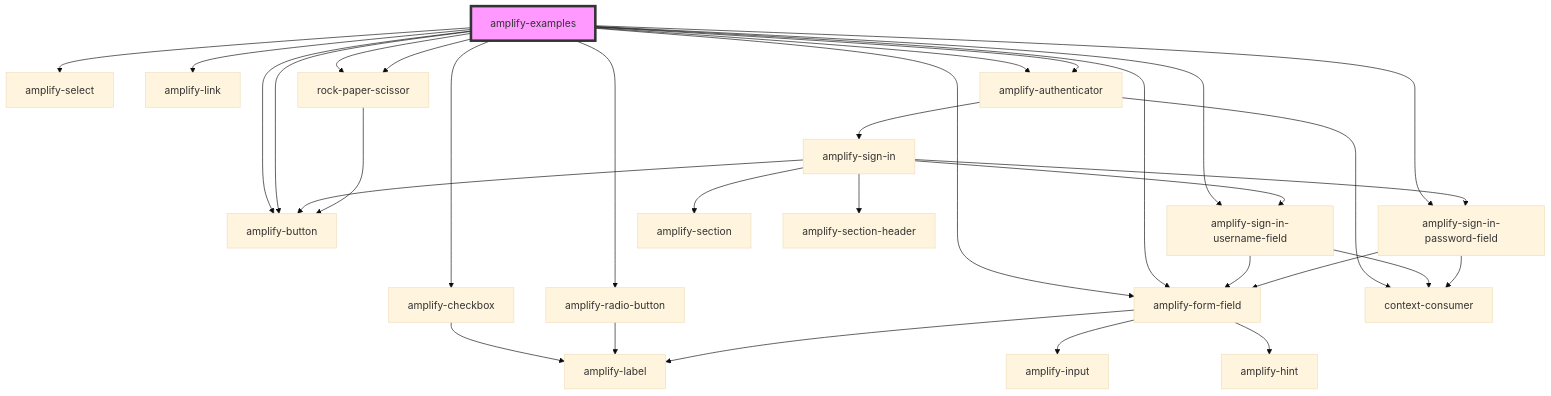
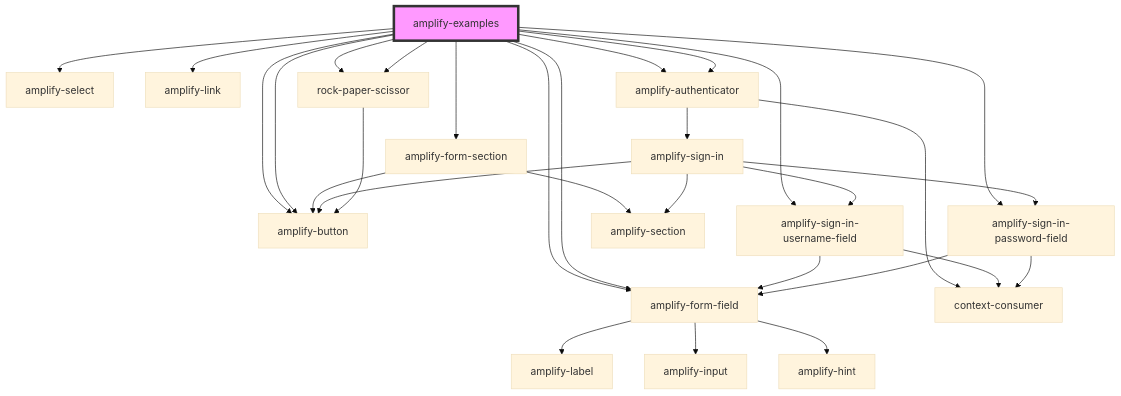
Before and after one commit to OneDev0411/amplify-js: the diagram in packages/amplify-ui-components/src/components/amplify-examples/readme.md, drawn with Mermaid (base theme). The commit also changed other lines of this file and 24 other files, not shown here.

````diff
--- a/packages/amplify-ui-components/src/components/amplify-examples/readme.md
+++ b/packages/amplify-ui-components/src/components/amplify-examples/readme.md
@@ -28,35 +27,33 @@
 ```mermaid
 graph TD;
-  amplify-examples --> amplify-checkbox
-  amplify-examples --> amplify-radio-button
+  amplify-examples --> amplify-form-section
   amplify-examples --> amplify-form-field
   amplify-examples --> amplify-form-field
   amplify-examples --> amplify-select
   amplify-examples --> amplify-button
   amplify-examples --> amplify-link
   amplify-examples --> amplify-authenticator
   amplify-examples --> amplify-sign-in-username-field
   amplify-examples --> amplify-sign-in-password-field
   amplify-examples --> amplify-button
   amplify-examples --> amplify-authenticator
   amplify-examples --> rock-paper-scissor
   amplify-examples --> rock-paper-scissor
-  amplify-checkbox --> amplify-label
-  amplify-radio-button --> amplify-label
+  amplify-form-section --> amplify-section
+  amplify-form-section --> amplify-button
   amplify-form-field --> amplify-label
   amplify-form-field --> amplify-input
   amplify-form-field --> amplify-hint
   amplify-authenticator --> amplify-sign-in
   amplify-authenticator --> context-consumer
   amplify-sign-in --> amplify-section
-  amplify-sign-in --> amplify-section-header
   amplify-sign-in --> amplify-sign-in-username-field
   amplify-sign-in --> amplify-sign-in-password-field
   amplify-sign-in --> amplify-button
   amplify-sign-in-username-field --> amplify-form-field
   amplify-sign-in-username-field --> context-consumer
   amplify-sign-in-password-field --> amplify-form-field
   amplify-sign-in-password-field --> context-consumer
   rock-paper-scissor --> amplify-button
   style amplify-examples fill:#f9f,stroke:#333,stroke-width:4px
 ```
````
